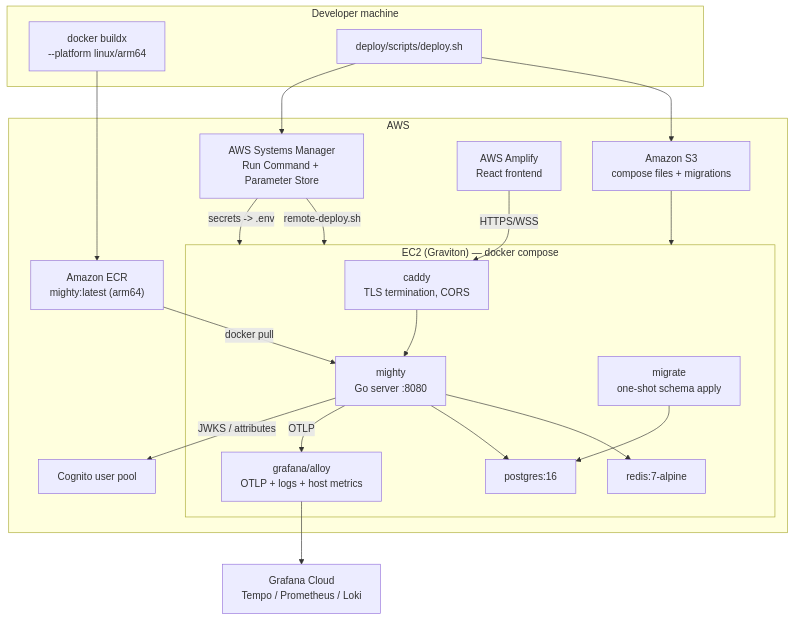
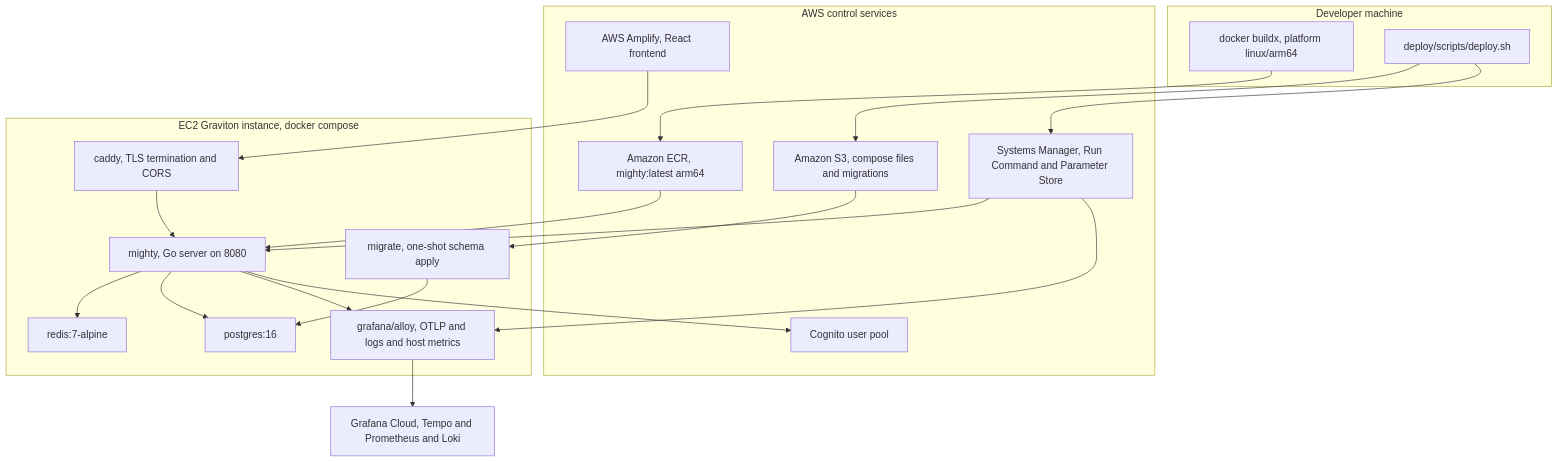
The fourth of 5 diagrams in readme.md (joekhosbayar/go-mighty), drawn with Mermaid before and after one commit. The commit also changed other lines of this file, not shown here.

First line of the commit message:
docs: make readme mermaid diagrams render on github (#57)

````diff
--- a/readme.md
+++ b/readme.md
@@ -159,44 +167,42 @@
 ```mermaid
 graph TB
-    subgraph dev["Developer machine"]
-        Build["docker buildx<br/>--platform linux/arm64"]
+    subgraph Local["Developer machine"]
+        Build["docker buildx, platform linux/arm64"]
         Deploy["deploy/scripts/deploy.sh"]
     end
 
-    subgraph aws["AWS"]
-        ECR["Amazon ECR<br/>mighty:latest (arm64)"]
-        S3["Amazon S3<br/>compose files + migrations"]
-        SSM["AWS Systems Manager<br/>Run Command + Parameter Store"]
-
-        subgraph ec2["EC2 (Graviton) — docker compose"]
-            CaddyC["caddy<br/>TLS termination, CORS"]
-            MightyC["mighty<br/>Go server :8080"]
-            MigrateC["migrate<br/>one-shot schema apply"]
-            RedisC["redis:7-alpine"]
-            PGC["postgres:16"]
-            AlloyC["grafana/alloy<br/>OTLP + logs + host metrics"]
-        end
-
-        Amplify["AWS Amplify<br/>React frontend"]
-        CognitoS["Cognito user pool"]
+    subgraph Cloud["AWS control services"]
+        Ecr["Amazon ECR, mighty:latest arm64"]
+        S3["Amazon S3, compose files and migrations"]
+        Ssm["Systems Manager, Run Command and Parameter Store"]
+        Amplify["AWS Amplify, React frontend"]
+        CognitoPool["Cognito user pool"]
     end
 
-    GrafanaCloud["Grafana Cloud<br/>Tempo / Prometheus / Loki"]
+    subgraph Host["EC2 Graviton instance, docker compose"]
+        CaddyC["caddy, TLS termination and CORS"]
+        MightyC["mighty, Go server on 8080"]
+        MigrateC["migrate, one-shot schema apply"]
+        RedisC["redis:7-alpine"]
+        PostgresC["postgres:16"]
+        AlloyC["grafana/alloy, OTLP and logs and host metrics"]
+    end
 
-    Build --> ECR
+    GrafanaCloud["Grafana Cloud, Tempo and Prometheus and Loki"]
+
+    Build --> Ecr
     Deploy --> S3
-    Deploy --> SSM
-    SSM -->|"remote-deploy.sh"| ec2
-    ECR -->|"docker pull"| MightyC
-    S3 --> ec2
-    SSM -->|"secrets -> .env"| ec2
-
+    Deploy --> Ssm
+    Ssm --> MightyC
+    Ssm --> AlloyC
+    S3 --> MigrateC
+    Ecr --> MightyC
+    Amplify --> CaddyC
     CaddyC --> MightyC
-    MigrateC --> PGC
+    MigrateC --> PostgresC
     MightyC --> RedisC
-    MightyC --> PGC
-    MightyC -->|"OTLP"| AlloyC
+    MightyC --> PostgresC
+    MightyC --> AlloyC
+    MightyC --> CognitoPool
     AlloyC --> GrafanaCloud
-    MightyC -->|"JWKS / attributes"| CognitoS
-    Amplify -->|"HTTPS/WSS"| CaddyC
 ```
````
